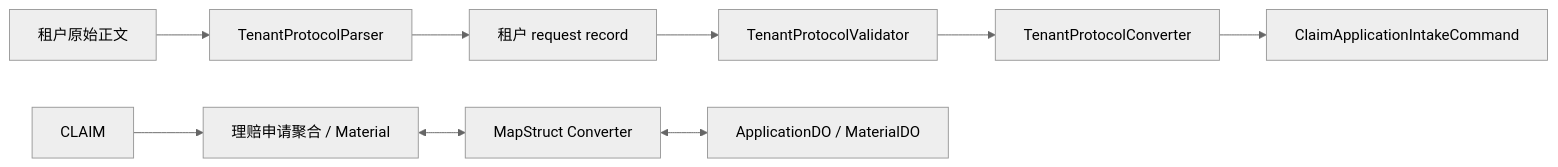
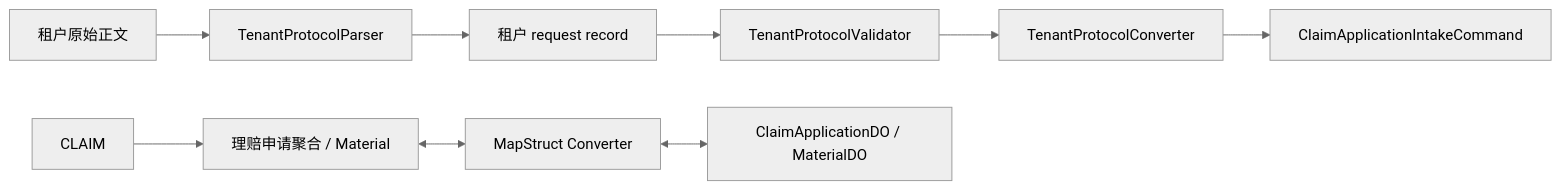
Before and after one commit to wangguangwu/claim-integration-platform: the third of 4 diagrams in specs/003-application-intake/design.md, drawn with Mermaid (neutral theme). The commit also changed other lines of this file and 110 other files, not shown here.

First line of the commit message:
理赔申请命名全链路收敛到 claimApplication，消除与 DDD 应用层词汇的歧义

````diff
--- a/specs/003-application-intake/design.md
+++ b/specs/003-application-intake/design.md
@@ -197,11 +194,11 @@
 ```mermaid
 flowchart LR
     TENANT_PAYLOAD["租户原始正文"] --> PARSER["TenantProtocolParser"]
     PARSER --> TENANT_DTO["租户 request record"]
     TENANT_DTO --> VALIDATOR["TenantProtocolValidator"]
     VALIDATOR --> CONVERTER["TenantProtocolConverter"]
     CONVERTER --> COMMAND["ClaimApplicationIntakeCommand"]
     CLAIM --> DOMAIN["理赔申请聚合 / Material"]
     DOMAIN <--> DATA_MAPPER["MapStruct Converter"]
-    DATA_MAPPER <--> DO["ApplicationDO / MaterialDO"]
+    DATA_MAPPER <--> DO["ClaimApplicationDO / MaterialDO"]
 ```
````
